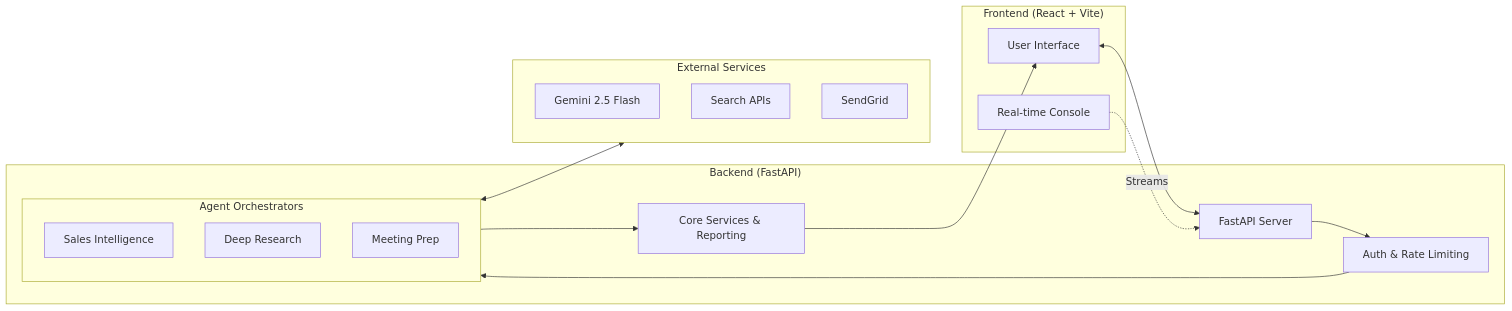
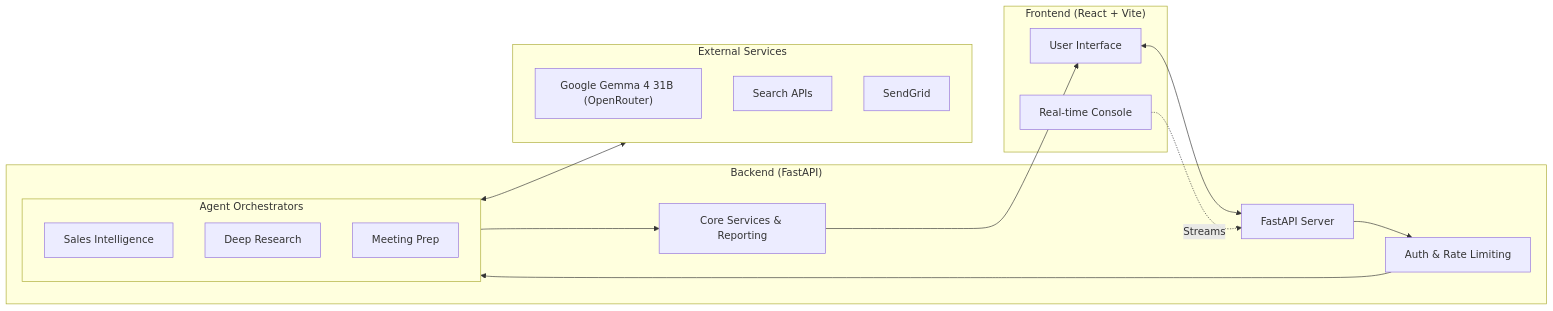
One commit to Samrude1/Agentsquad changed the first of 5 diagrams in README.md. Above: the diagram before and after it, drawn with Mermaid. The commit also changed other lines of this file, not shown here.

Commit message:
docs: update README to reflect OpenRouter usage instead of Gemini

````diff
--- a/README.md
+++ b/README.md
@@ -95,34 +95,34 @@
 ```mermaid
 graph LR
     subgraph Frontend ["Frontend (React + Vite)"]
         UI["User Interface"]
         Console["Real-time Console"]
     end
 
     subgraph Backend ["Backend (FastAPI)"]
         API["FastAPI Server"]
         Security["Auth & Rate Limiting"]
         
         subgraph Agents ["Agent Orchestrators"]
             Sales["Sales Intelligence"]
             Research["Deep Research"]
             Meeting["Meeting Prep"]
         end
         
         Services["Core Services & Reporting"]
     end
 
     subgraph External ["External Services"]
-        LLM["Gemini 2.5 Flash"]
+        LLM["Google Gemma 4 31B (OpenRouter)"]
         Search["Search APIs"]
         Email["SendGrid"]
     end
 
     UI <--> API
     API --> Security
     Security --> Agents
     Agents <--> External
     Agents --> Services
     Services --> UI
     Console -.->|Streams| API
 ```
````
